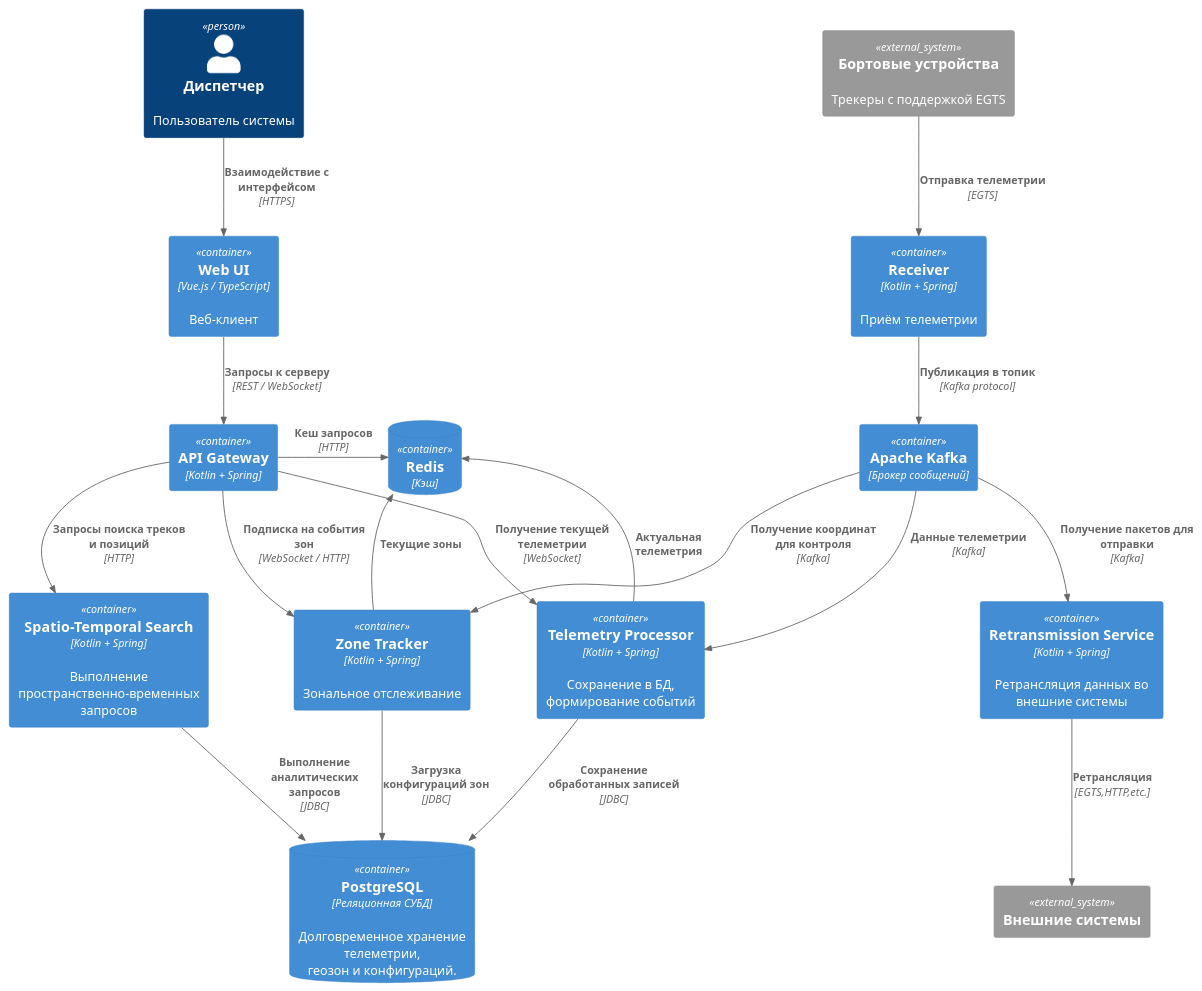
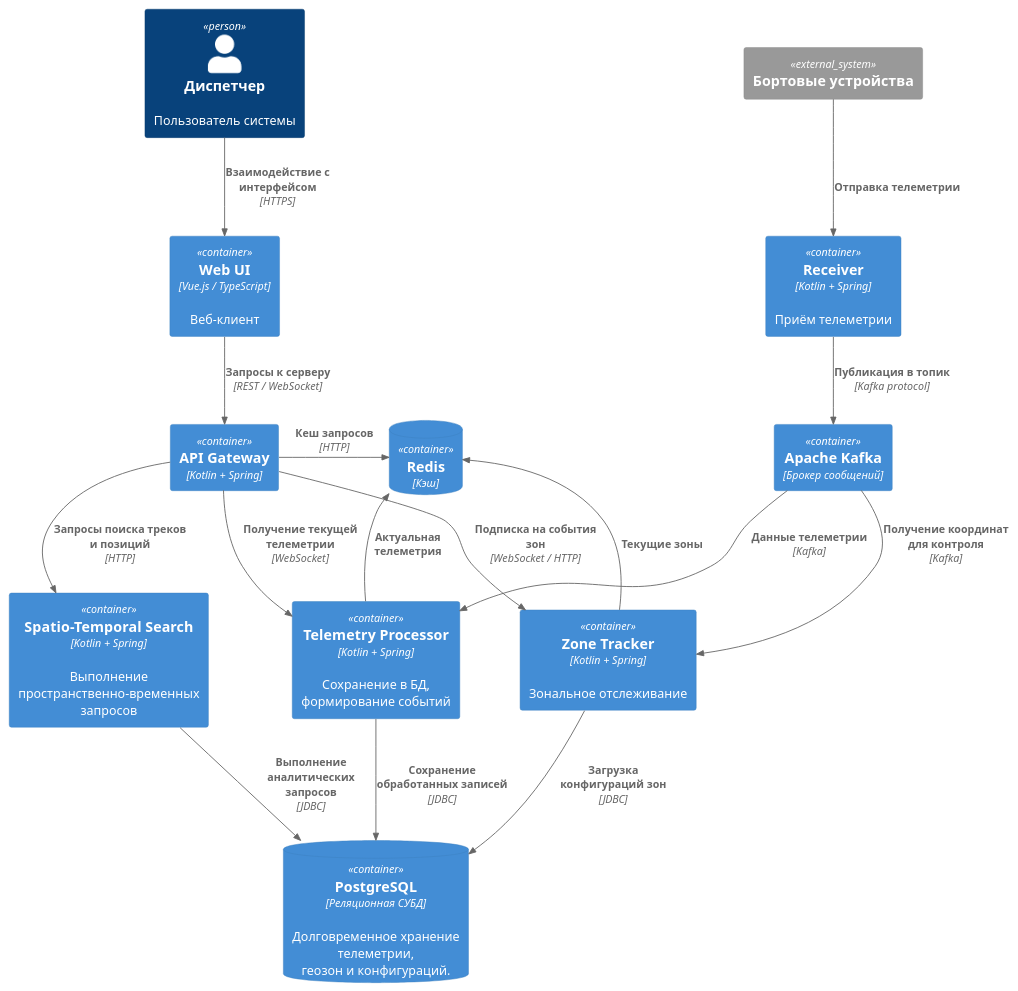
Before and after one commit to maxi7665/VKR: the diagram in architecture_component.puml, drawn with PlantUML. The commit also changed 46 other files, not shown here.

```diff
--- a/architecture_component.puml
+++ b/architecture_component.puml
@@ -8,60 +8,60 @@
 @startuml
 !include <C4/C4_Container>
 
 'title Диаграмма компонентов системы позиционного \nотслеживания транспортных средств
 
 ' Внешние сущности
 Person(user, "Диспетчер", "Пользователь системы")
-System_Ext(devices, "Бортовые устройства", "Трекеры с поддержкой EGTS")
-System_Ext(gov_systems, "Внешние системы")
+System_Ext(devices, "Бортовые устройства")
+'System_Ext(gov_systems, "Внешние системы")
 
 ' Граница разрабатываемой системы
 'System_Boundary(tracking_system, "Система позиционного отслеживания") {
     
     ' Основные контейнеры
     Container(ingress, "Receiver", "Kotlin + Spring", "Приём телеметрии")
     Container(kafka, "Apache Kafka", "Брокер сообщений")
     
     ' Обрабатывающие сервисы
     Container(processor, "Telemetry Processor", "Kotlin + Spring", "Сохранение в БД, формирование событий")
     Container(zone_tracker, "Zone Tracker", "Kotlin + Spring", "Зональное отслеживание")
     Container(search, "Spatio-Temporal Search", "Kotlin + Spring", "Выполнение пространственно-временных запросов")
-    Container(retrans, "Retransmission Service", "Kotlin + Spring", "Ретрансляция данных во внешние системы")
+    'Container(retrans, "Retransmission Service", "Kotlin + Spring", "Ретрансляция данных во внешние системы")
     
     ' API и интерфейс пользователя
     Container(api, "API Gateway", "Kotlin + Spring")
     Container(web, "Web UI", "Vue.js / TypeScript", "Веб-клиент")
     
     ' Хранилища данных
     ContainerDb(postgres, "PostgreSQL", "Реляционная СУБД", "Долговременное хранение телеметрии,\nгеозон и конфигураций.")
     ContainerDb(redis, "Redis", "Кэш")
 '}
 
 ' Связи
-Rel(devices, ingress, "Отправка телеметрии", "EGTS")
+Rel(devices, ingress, "Отправка телеметрии")
 Rel(ingress, kafka, "Публикация в топик", "Kafka protocol")
 Rel(kafka, processor, "Данные телеметрии", "Kafka")
 Rel(kafka, zone_tracker, "Получение координат для контроля", "Kafka")
-Rel(kafka, retrans, "Получение пакетов для отправки", "Kafka")
+'Rel(kafka, retrans, "Получение пакетов для отправки", "Kafka")
 
 Rel(processor, postgres, "Сохранение обработанных записей", "JDBC")
 Rel(zone_tracker, postgres, "Загрузка конфигураций зон", "JDBC")
 Rel(search, postgres, "Выполнение аналитических запросов", "JDBC")
 
-Rel(retrans, gov_systems, "Ретрансляция", "EGTS,HTTP,etc.")
+'Rel(retrans, gov_systems, "Ретрансляция", "EGTS,HTTP,etc.")
 
 Rel(user, web, "Взаимодействие с интерфейсом", "HTTPS")
 Rel(web, api, "Запросы к серверу", "REST / WebSocket")
 Rel(api, search, "Запросы поиска треков и позиций", "HTTP")
 Rel(api, zone_tracker, "Подписка на события зон", "WebSocket / HTTP")
 Rel(api, processor, "Получение текущей телеметрии", "WebSocket")
 Rel_R(api, redis, "Кеш запросов", "HTTP")
 Rel_U(processor, redis, "Актуальная телеметрия")
 Rel_U(zone_tracker, redis, "Текущие зоны")
 
 ' Примечания, подчёркивающие ключевые особенности
 'Note(top_of, kafka, "Кластер из нескольких брокеров\nРепликация партиций для отказоустойчивости")
 'Note(right_of, zone_tracker, "Горизонтально масштабируемый\nДо 50 000 зон на экземпляр\nПространственный индекс S2 в ОЗУ")
 'Note(bottom_of, retrans, "Гарантированная доставка:\nповторные попытки, DLQ")
 
 @enduml
```
